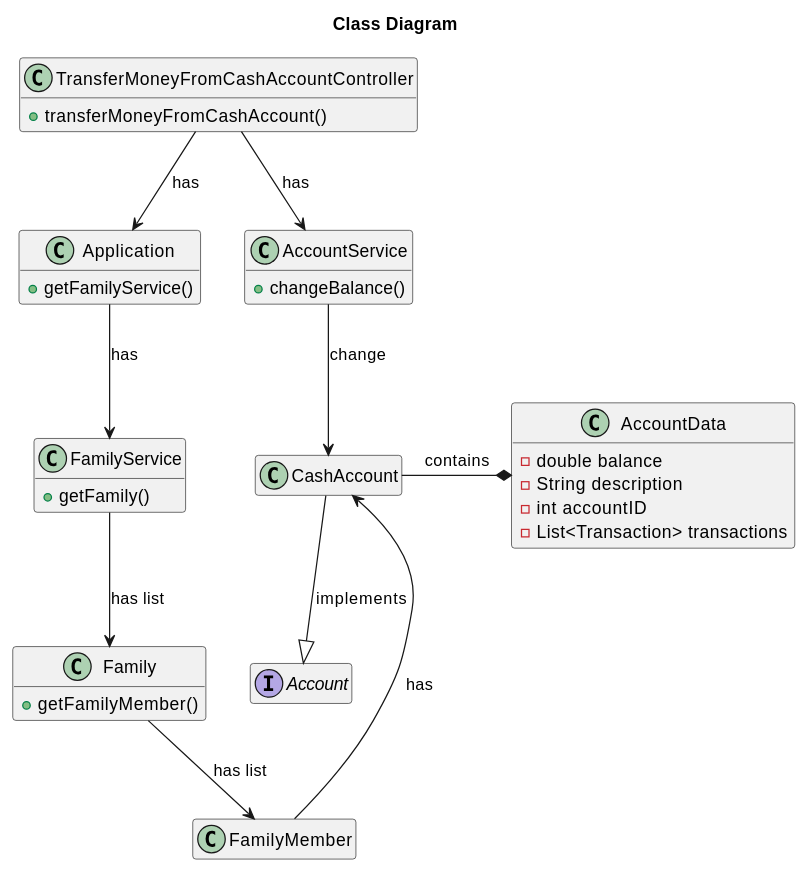
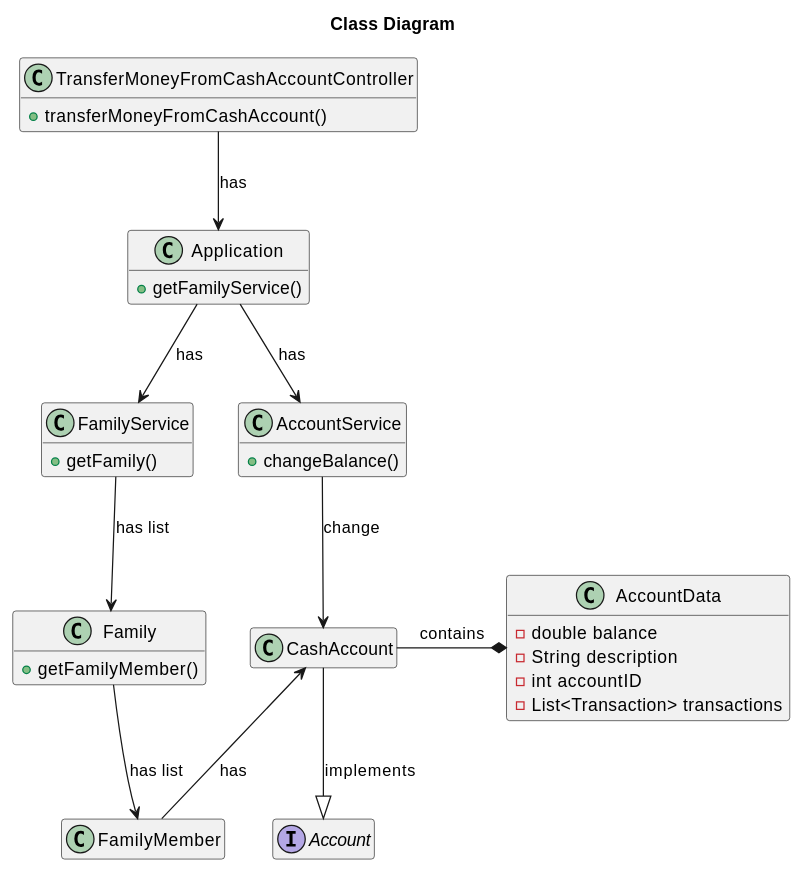
One commit to tomas-osswald/switch_2020_g3 changed the fourth of 4 diagrams in docs/sprint2/user_stories/US180_TransferMoneyFamilyMemberToFamilyMember.md. Above: the diagram before and after it, drawn with PlantUML. The commit also changed other lines of this file and 9 other files, not shown here.

````diff
--- a/docs/sprint2/user_stories/US180_TransferMoneyFamilyMemberToFamilyMember.md
+++ b/docs/sprint2/user_stories/US180_TransferMoneyFamilyMemberToFamilyMember.md
@@ -225,48 +210,48 @@
 ```puml
 
 title Class Diagram
 hide empty members
 
 class TransferMoneyFromCashAccountController {
 + transferMoneyFromCashAccount()
 }
 
 class CashAccount {
 }
 
 class Application {
 + getFamilyService()
 }
 
 class FamilyService {
 + getFamily()
 }
 
 class Family {
 + getFamilyMember()
 }
 
 class AccountService {
 + changeBalance()
 }
 
 class AccountData {
 - double balance
 - String description
 - int accountID
 - List<Transaction> transactions
 }
 
 interface Account {}
 
 TransferMoneyFromCashAccountController --> Application : has
 Application --> FamilyService : has
+Application --> AccountService : has
 FamilyService --> Family : has list
 Family --> FamilyMember : has list
-TransferMoneyFromCashAccountController --> AccountService : has
 AccountService --> CashAccount : change
 CashAccount --|> Account : implements
 CashAccount -* AccountData : contains
 CashAccount <-- FamilyMember : has
 
 ```
````
